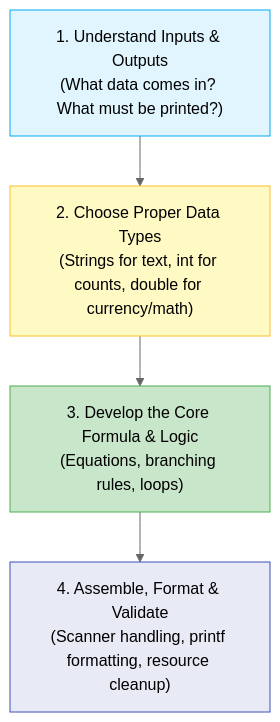
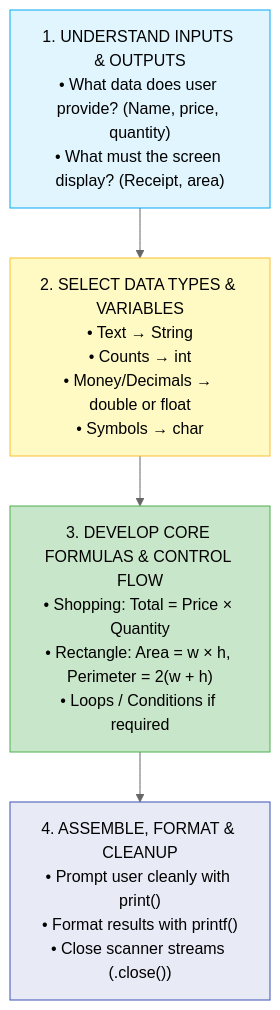
The diagram in src/practice_programs/README.md (Mokshagnatej/Java-course), drawn with Mermaid (neutral theme) before and after one commit. The commit also changed other lines of this file and 15 other files, not shown here.

````diff
--- a/src/practice_programs/README.md
+++ b/src/practice_programs/README.md
@@ -20,11 +47,11 @@
 ```mermaid
 flowchart TD
-    S1["1. Understand Inputs & Outputs\n(What data comes in? What must be printed?)"] --> S2["2. Choose Proper Data Types\n(Strings for text, int for counts, double for currency/math)"]
-    S2 --> S3["3. Develop the Core Formula & Logic\n(Equations, branching rules, loops)"]
-    S3 --> S4["4. Assemble, Format & Validate\n(Scanner handling, printf formatting, resource cleanup)"]
+    S1["1. UNDERSTAND INPUTS & OUTPUTS\n• What data does user provide? (Name, price, quantity)\n• What must the screen display? (Receipt, area)"] --> S2["2. SELECT DATA TYPES & VARIABLES\n• Text → String\n• Counts → int\n• Money/Decimals → double or float\n• Symbols → char"]
+    S2 --> S3["3. DEVELOP CORE FORMULAS & CONTROL FLOW\n• Shopping: Total = Price × Quantity\n• Rectangle: Area = w × h, Perimeter = 2(w + h)\n• Loops / Conditions if required"]
+    S3 --> S4["4. ASSEMBLE, FORMAT & CLEANUP\n• Prompt user cleanly with print()\n• Format results with printf()\n• Close scanner streams (.close())"]
 
     style S1 fill:#E1F5FE,stroke:#03A9F4
     style S2 fill:#FFF9C4,stroke:#FBC02D
     style S3 fill:#C8E6C9,stroke:#4CAF50
     style S4 fill:#E8EAF6,stroke:#3F51B5
 ```
````
